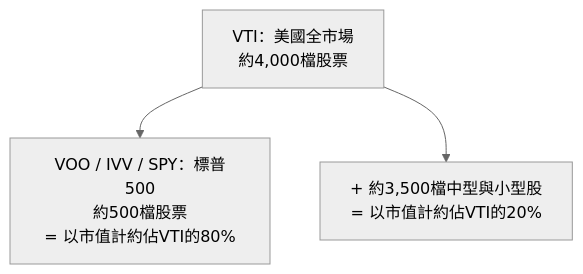
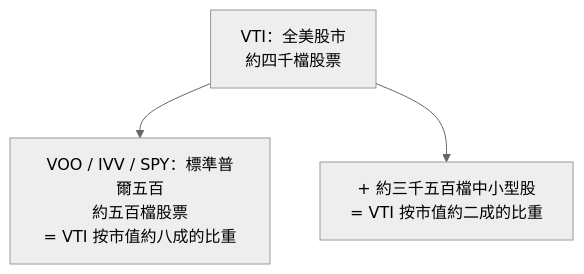
Before and after one commit to chanmainvest/tutorial: the third of 4 diagrams in course_tw/week02_index_funds_etfs.md, drawn with Mermaid (neutral theme). The commit also changed other lines of this file and 451 other files, not shown here.

````diff
--- a/course_tw/week02_index_funds_etfs.md
+++ b/course_tw/week02_index_funds_etfs.md
@@ -272,6 +272,6 @@
 ```mermaid
 flowchart TD
-    A[VTI：美國全市場<br/>約4,000檔股票]
-    A --> B[VOO / IVV / SPY：標普500<br/>約500檔股票<br/>= 以市值計約佔VTI的80%]
-    A --> C[+ 約3,500檔中型與小型股<br/>= 以市值計約佔VTI的20%]
+    A[VTI：全美股市<br/>約四千檔股票]
+    A --> B[VOO / IVV / SPY：標準普爾五百<br/>約五百檔股票<br/>= VTI 按市值約八成的比重]
+    A --> C[+ 約三千五百檔中小型股<br/>= VTI 按市值約二成的比重]
 ```
````
